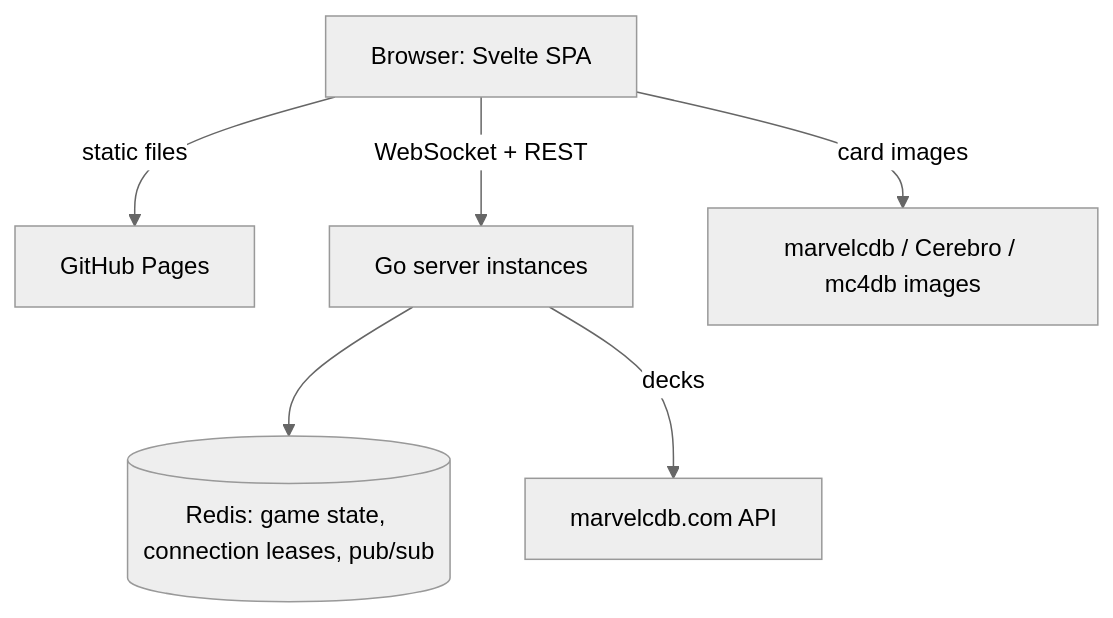
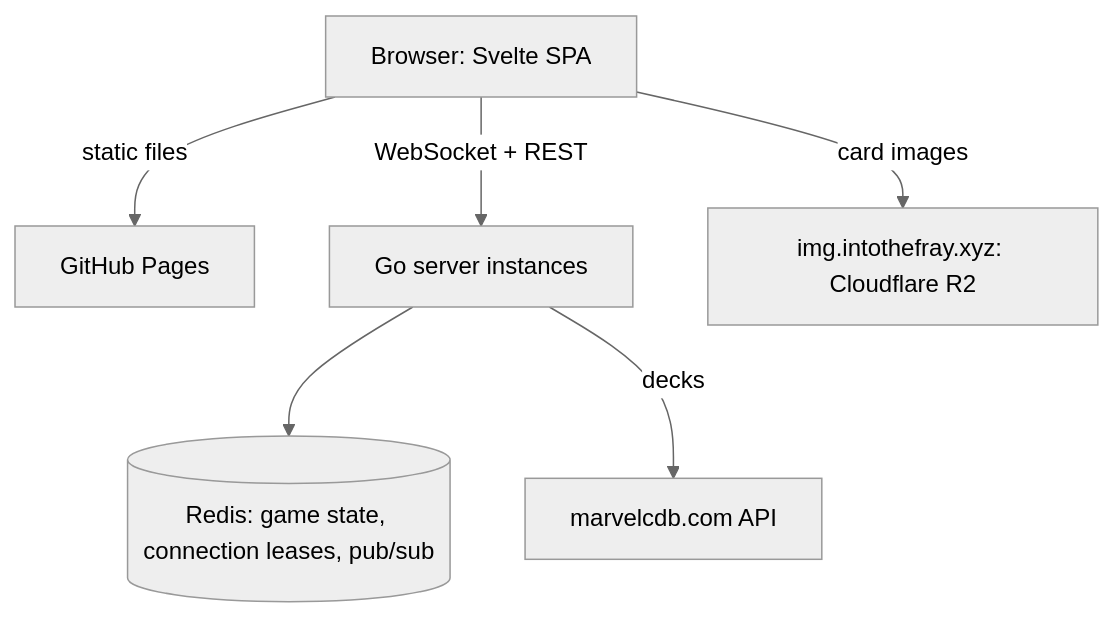
The diagram in README.md (alexandreroman/intothefray), drawn with Mermaid (neutral theme) before and after one commit. The commit also changed other lines of this file and 7 other files, not shown here.

````diff
--- a/README.md
+++ b/README.md
@@ -358,8 +379,8 @@
 ```mermaid
 graph TD
     B[Browser: Svelte SPA] -->|static files| P[GitHub Pages]
     B -->|WebSocket + REST| S[Go server instances]
     S --> R[(Redis: game state, connection leases, pub/sub)]
     S -->|decks| M[marvelcdb.com API]
-    B -->|card images| I[marvelcdb / Cerebro / mc4db images]
+    B -->|card images| I[img.intothefray.xyz: Cloudflare R2]
 ```
````
